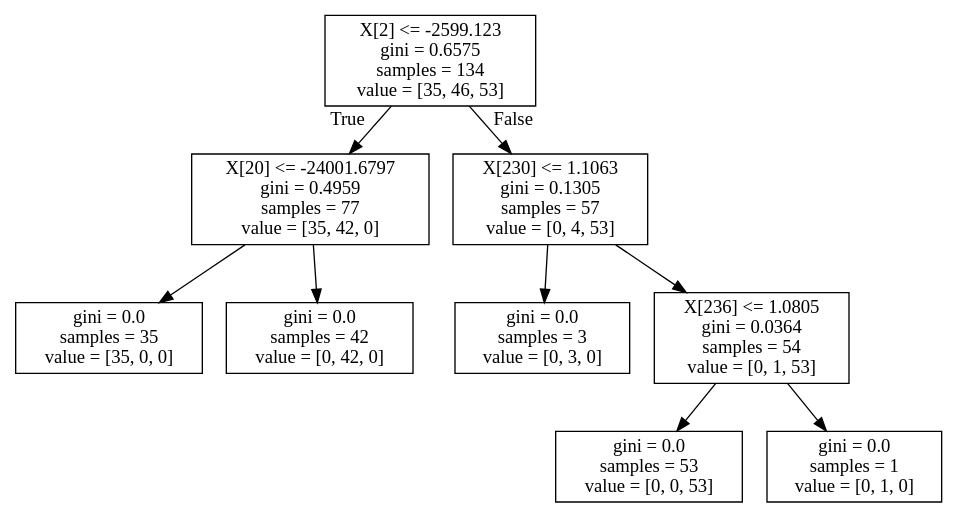
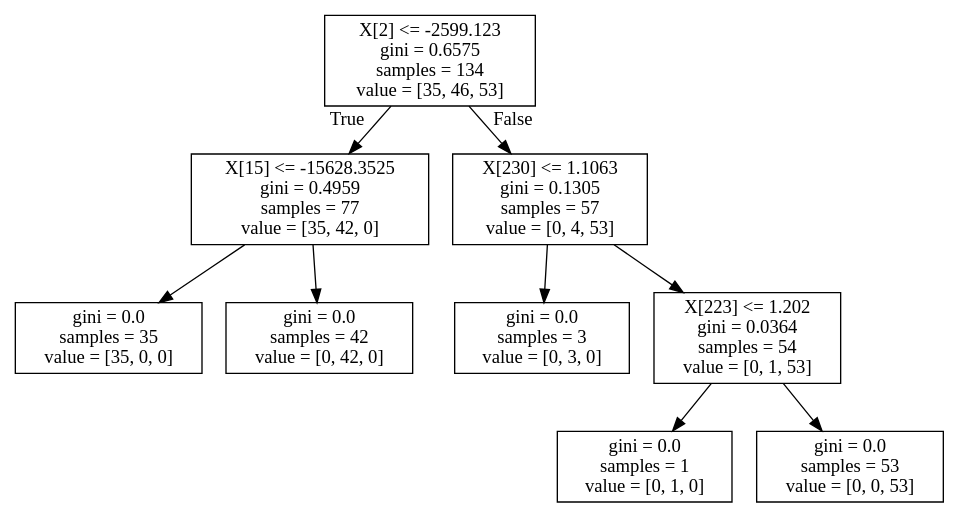
The diagram in image_files/tree.dot (dog-vocalization/dog-vocalization), drawn with Graphviz before and after one commit. The commit also changed 1 other file, not shown here.

```diff
--- a/image_files/tree.dot
+++ b/image_files/tree.dot
@@ -1,20 +1,20 @@
 digraph Tree {
 node [shape=box] ;
 0 [label="X[2] <= -2599.123\ngini = 0.6575\nsamples = 134\nvalue = [35, 46, 53]"] ;
-1 [label="X[20] <= -24001.6797\ngini = 0.4959\nsamples = 77\nvalue = [35, 42, 0]"] ;
+1 [label="X[15] <= -15628.3525\ngini = 0.4959\nsamples = 77\nvalue = [35, 42, 0]"] ;
 0 -> 1 [labeldistance=2.5, labelangle=45, headlabel="True"] ;
 2 [label="gini = 0.0\nsamples = 35\nvalue = [35, 0, 0]"] ;
 1 -> 2 ;
 3 [label="gini = 0.0\nsamples = 42\nvalue = [0, 42, 0]"] ;
 1 -> 3 ;
 4 [label="X[230] <= 1.1063\ngini = 0.1305\nsamples = 57\nvalue = [0, 4, 53]"] ;
 0 -> 4 [labeldistance=2.5, labelangle=-45, headlabel="False"] ;
 5 [label="gini = 0.0\nsamples = 3\nvalue = [0, 3, 0]"] ;
 4 -> 5 ;
-6 [label="X[236] <= 1.0805\ngini = 0.0364\nsamples = 54\nvalue = [0, 1, 53]"] ;
+6 [label="X[223] <= 1.202\ngini = 0.0364\nsamples = 54\nvalue = [0, 1, 53]"] ;
 4 -> 6 ;
-7 [label="gini = 0.0\nsamples = 53\nvalue = [0, 0, 53]"] ;
+7 [label="gini = 0.0\nsamples = 1\nvalue = [0, 1, 0]"] ;
 6 -> 7 ;
-8 [label="gini = 0.0\nsamples = 1\nvalue = [0, 1, 0]"] ;
+8 [label="gini = 0.0\nsamples = 53\nvalue = [0, 0, 53]"] ;
 6 -> 8 ;
 }
```
